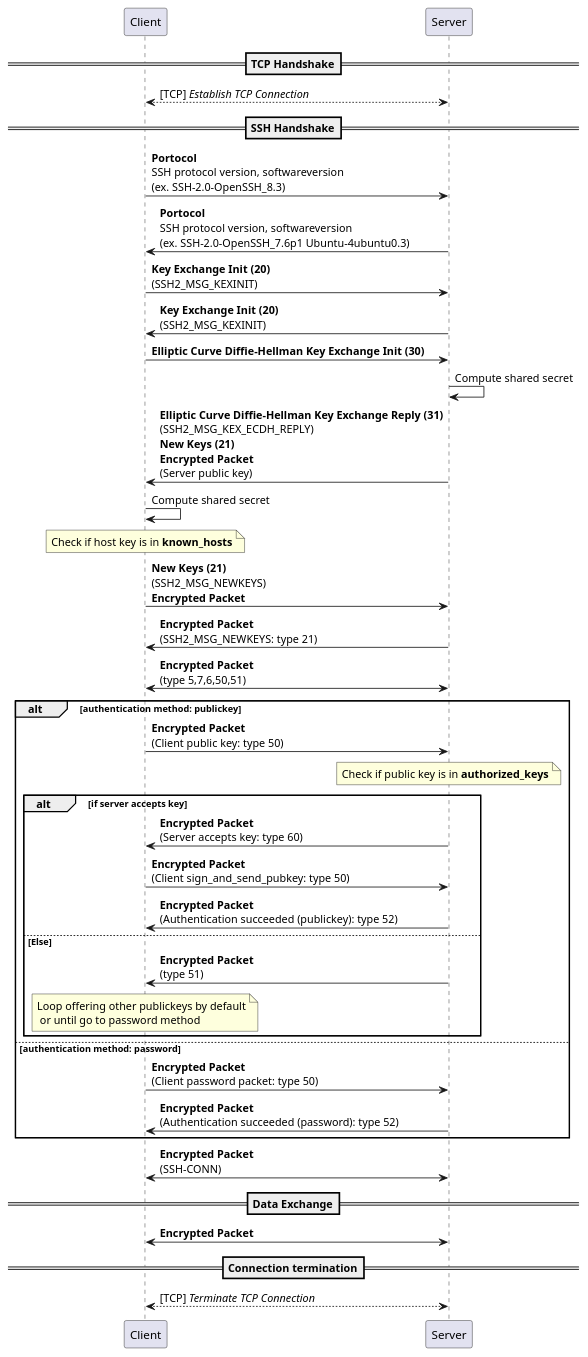
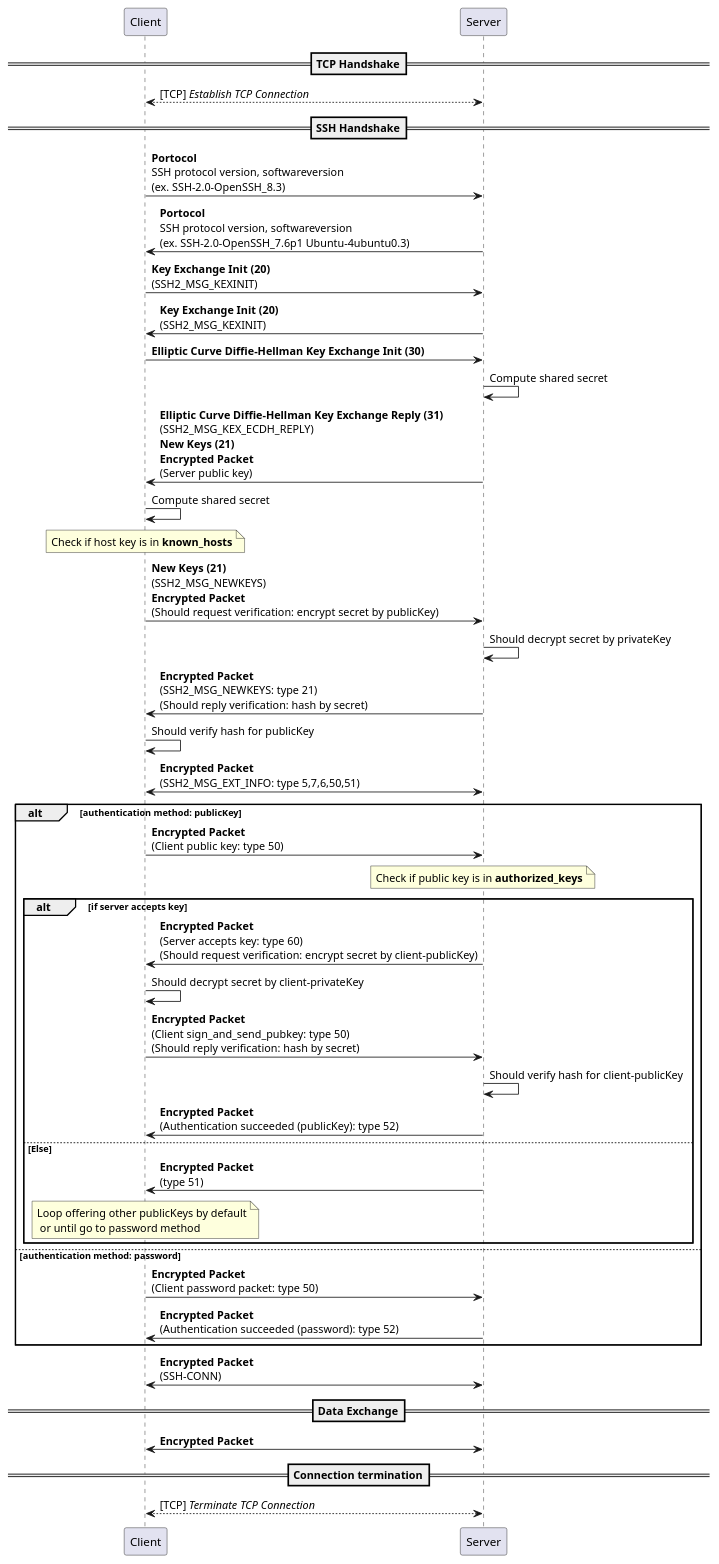
One commit to yidas/web-service-protocols changed the diagram in ssh/transport-layer.plantuml. Above: the diagram before and after it, drawn with PlantUML.

```diff
--- a/ssh/transport-layer.plantuml
+++ b/ssh/transport-layer.plantuml
@@ -1,44 +1,48 @@
 @startuml
 
 participant "Client" as c
 participant "Server" as s
 
 ==TCP Handshake==
 c<-->s: [TCP] //Establish TCP Connection//
 ==SSH Handshake==
 c->s: **Portocol**\nSSH protocol version, softwareversion \n(ex. SSH-2.0-OpenSSH_8.3)
 s->c: **Portocol**\nSSH protocol version, softwareversion \n(ex. SSH-2.0-OpenSSH_7.6p1 Ubuntu-4ubuntu0.3)
 c->s: **Key Exchange Init (20)** \n(SSH2_MSG_KEXINIT)
 s->c: **Key Exchange Init (20)** \n(SSH2_MSG_KEXINIT)
 c->s: **Elliptic Curve Diffie-Hellman Key Exchange Init (30)**
 s->s: Compute shared secret
 s->c: **Elliptic Curve Diffie-Hellman Key Exchange Reply (31)**\n(SSH2_MSG_KEX_ECDH_REPLY)\n**New Keys (21)**\n**Encrypted Packet**\n(Server public key)
 c->c: Compute shared secret
 note over c: Check if host key is in **known_hosts**
-c->s: **New Keys (21)**\n(SSH2_MSG_NEWKEYS)\n**Encrypted Packet**
-s->c: **Encrypted Packet**\n(SSH2_MSG_NEWKEYS: type 21)
-s<->c: **Encrypted Packet**\n(type 5,7,6,50,51)
-alt authentication method: publickey
+c->s: **New Keys (21)**\n(SSH2_MSG_NEWKEYS)\n**Encrypted Packet**\n(Should request verification: encrypt secret by publicKey)
+s->s: Should decrypt secret by privateKey
+s->c: **Encrypted Packet**\n(SSH2_MSG_NEWKEYS: type 21)\n(Should reply verification: hash by secret)
+c->c: Should verify hash for publicKey
+s<->c: **Encrypted Packet**\n(SSH2_MSG_EXT_INFO: type 5,7,6,50,51)
+alt authentication method: publicKey
 c->s: **Encrypted Packet** \n(Client public key: type 50)
 	note over s: Check if public key is in **authorized_keys**
 	alt if server accepts key
-	s->c: **Encrypted Packet** \n(Server accepts key: type 60)
-	c->s: **Encrypted Packet** \n(Client sign_and_send_pubkey: type 50)
-	s->c: **Encrypted Packet**\n(Authentication succeeded (publickey): type 52)
+	s->c: **Encrypted Packet** \n(Server accepts key: type 60)\n(Should request verification: encrypt secret by client-publicKey)
+	c->c: Should decrypt secret by client-privateKey
+	c->s: **Encrypted Packet** \n(Client sign_and_send_pubkey: type 50)\n(Should reply verification: hash by secret)
+	s->s: Should verify hash for client-publicKey
+	s->c: **Encrypted Packet**\n(Authentication succeeded (publicKey): type 52)
 	else Else
 	s->c: **Encrypted Packet**\n(type 51)
-	note over c: Loop offering other publickeys by default\n or until go to password method
+	note over c: Loop offering other publicKeys by default\n or until go to password method
 	end
 else authentication method: password
 c->s: **Encrypted Packet** \n(Client password packet: type 50)
 s->c: **Encrypted Packet**\n(Authentication succeeded (password): type 52)
 end
 s<->c: **Encrypted Packet**\n(SSH-CONN)
 
 ==Data Exchange==
 c<->s: **Encrypted Packet**
 
 ==Connection termination==
 c<-->s: [TCP] //Terminate TCP Connection//
 
 @enduml
```
